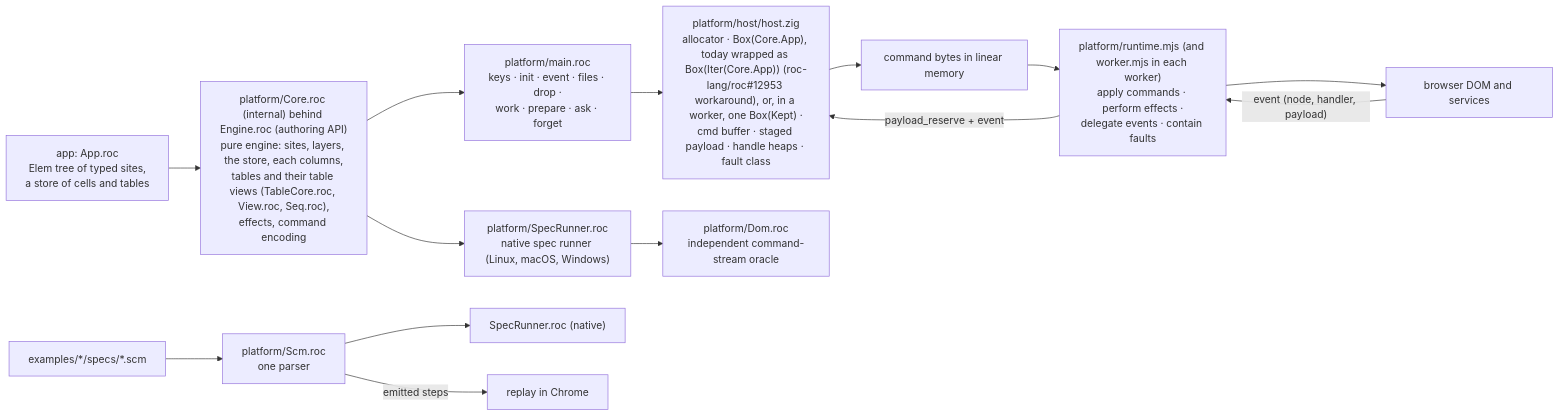
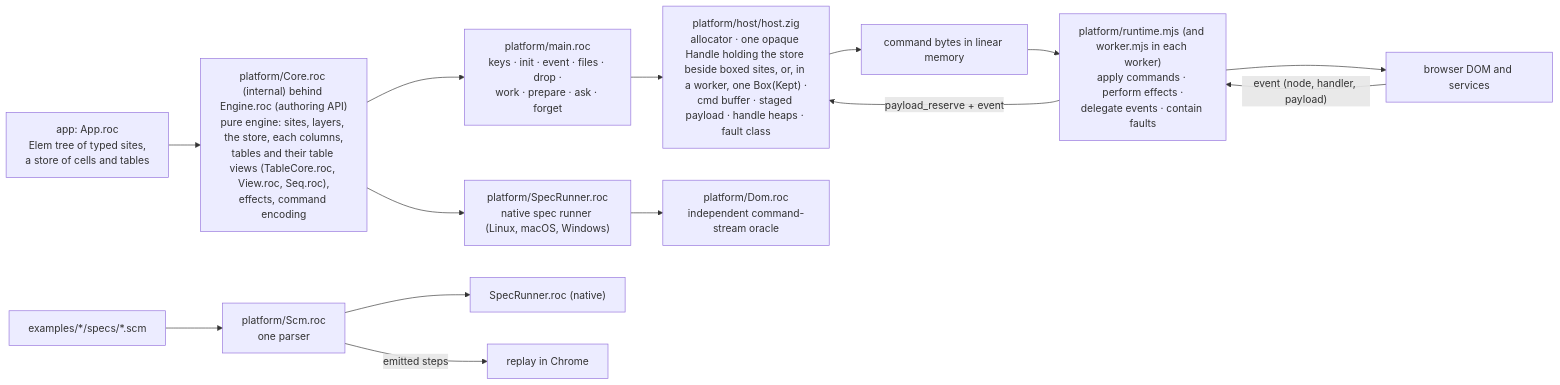
Before and after one commit to lukewilliamboswell/roc-signals: the diagram in design.md, drawn with Mermaid. The commit also changed other lines of this file and 17 other files, not shown here.

````diff
--- a/design.md
+++ b/design.md
@@ -423,17 +423,17 @@
 ```mermaid
 flowchart LR
     App["app: App.roc<br/>Elem tree of typed sites,<br/>a store of cells and tables"] --> Engine["platform/Core.roc (internal) behind Engine.roc (authoring API)<br/>pure engine: sites, layers, the store, each columns,<br/>tables and their table views (TableCore.roc, View.roc, Seq.roc),<br/>effects, command encoding"]
     Engine --> Main["platform/main.roc<br/>keys · init · event · files · drop ·<br/>work · prepare · ask · forget"]
-    Main --> Host["platform/host/host.zig<br/>allocator · Box(Core.App), today wrapped as Box(Iter(Core.App)) (roc-lang/roc#12953 workaround), or, in a worker, one Box(Kept) ·<br/>cmd buffer · staged payload · handle heaps · fault class"]
+    Main --> Host["platform/host/host.zig<br/>allocator · one opaque Handle holding the store beside boxed sites, or, in a worker, one Box(Kept) ·<br/>cmd buffer · staged payload · handle heaps · fault class"]
     Host --> Wire["command bytes in linear memory"]
     Wire --> JS["platform/runtime.mjs (and worker.mjs in each worker)<br/>apply commands · perform effects ·<br/>delegate events · contain faults"]
     JS --> DOM["browser DOM and services"]
     DOM -->|"event (node, handler, payload)"| JS
     JS -->|"payload_reserve + event"| Host
 
     Engine --> Test["platform/SpecRunner.roc<br/>native spec runner (Linux, macOS, Windows)"]
     Test --> Oracle["platform/Dom.roc<br/>independent command-stream oracle"]
     Scm["examples/*/specs/*.scm"] --> Parser["platform/Scm.roc<br/>one parser"]
     Parser --> Native["SpecRunner.roc (native)"]
     Parser -->|"emitted steps"| Browser["replay in Chrome"]
 ```
````
